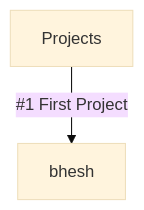
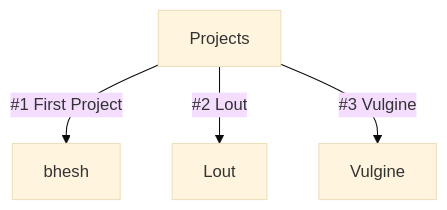
The diagram in README.md (zledev/zledev), drawn with Mermaid (base theme) before and after one commit.

Commit message:
Add project links and known languages to README

````diff
--- a/README.md
+++ b/README.md
@@ -9,4 +9,6 @@
 ```mermaid
 graph TD;
     A[Projects] -->|#1 First Project| B[bhesh];
+    A[Projects] -->|#2 Lout| C[Lout];
+    A[Projects] -->|#3 Vulgine| D[Vulgine];
 ```
````
